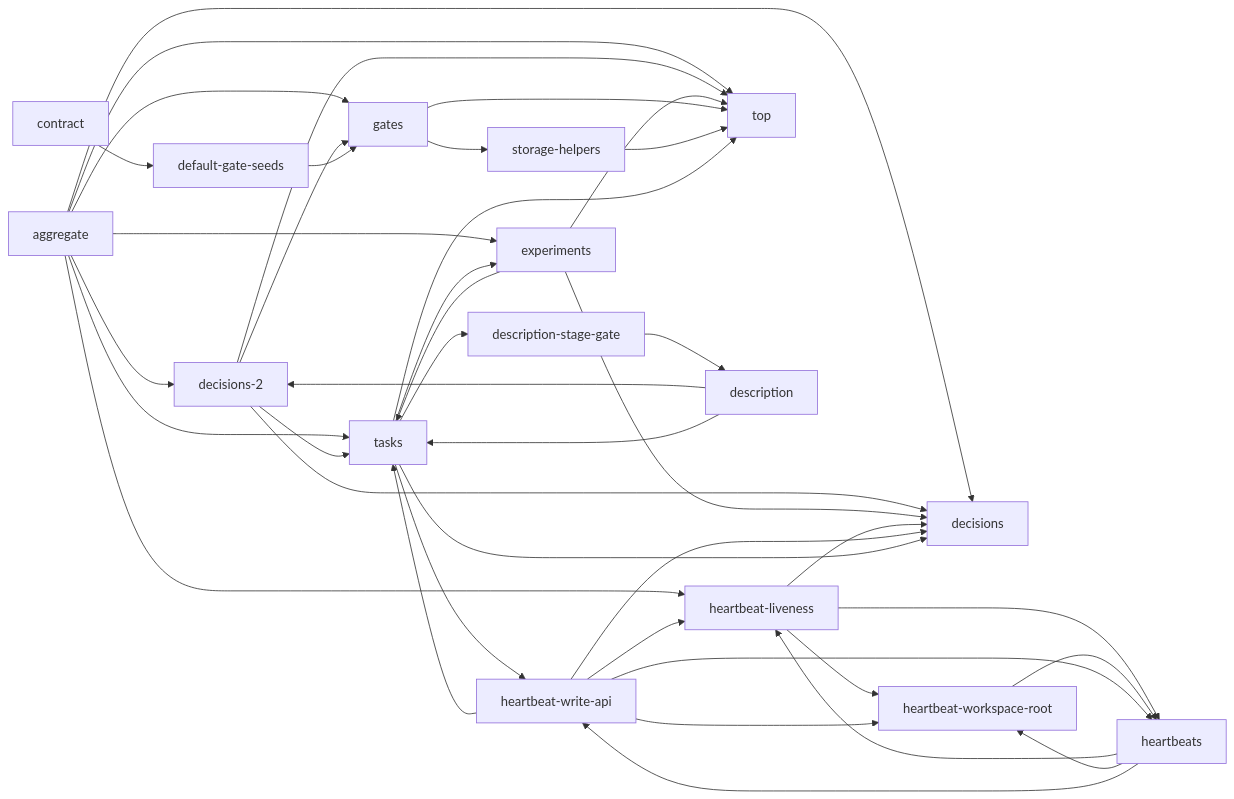
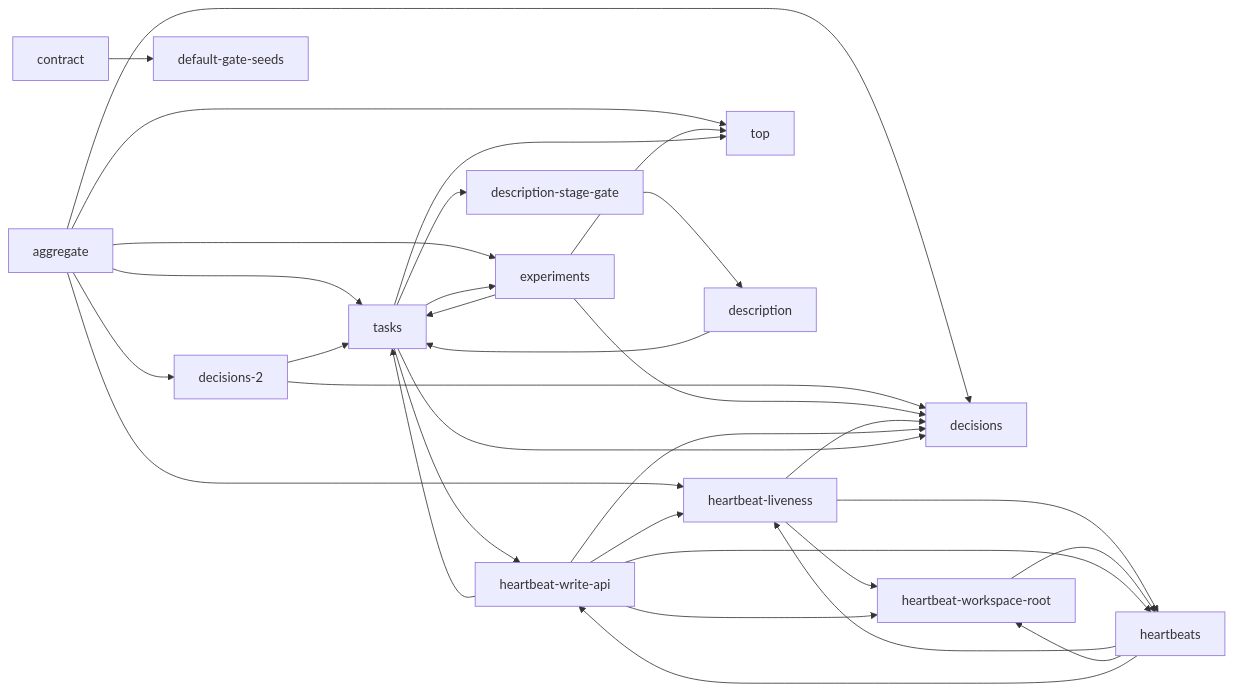
One commit to Han-Haocheng/project-flow changed the fourth of 12 diagrams in docs/project-description.md. Above: the diagram before and after it, drawn with Mermaid. The commit also changed other lines of this file and 4 other files, not shown here.

````diff
--- a/docs/project-description.md
+++ b/docs/project-description.md
@@ -369,42 +377,34 @@
 ```mermaid
 graph LR
-  m13["aggregate"] --> m1["decisions"]
-  m13["aggregate"] --> m8["decisions-2"]
-  m13["aggregate"] --> m5["experiments"]
-  m13["aggregate"] --> m7["gates"]
-  m13["aggregate"] --> m11["heartbeat-liveness"]
-  m13["aggregate"] --> m6["tasks"]
-  m13["aggregate"] --> m0["top"]
+  m11["aggregate"] --> m1["decisions"]
+  m11["aggregate"] --> m6["decisions-2"]
+  m11["aggregate"] --> m4["experiments"]
+  m11["aggregate"] --> m9["heartbeat-liveness"]
+  m11["aggregate"] --> m5["tasks"]
+  m11["aggregate"] --> m0["top"]
   m2["contract"] --> m3["default-gate-seeds"]
-  m8["decisions-2"] --> m1["decisions"]
-  m8["decisions-2"] --> m7["gates"]
-  m8["decisions-2"] --> m6["tasks"]
-  m8["decisions-2"] --> m0["top"]
-  m3["default-gate-seeds"] --> m7["gates"]
-  m14["description"] --> m8["decisions-2"]
-  m14["description"] --> m6["tasks"]
-  m15["description-stage-gate"] --> m14["description"]
-  m5["experiments"] --> m1["decisions"]
-  m5["experiments"] --> m6["tasks"]
-  m5["experiments"] --> m0["top"]
-  m7["gates"] --> m4["storage-helpers"]
-  m7["gates"] --> m0["top"]
-  m11["heartbeat-liveness"] --> m1["decisions"]
-  m11["heartbeat-liveness"] --> m10["heartbeat-workspace-root"]
-  m11["heartbeat-liveness"] --> m9["heartbeats"]
-  m10["heartbeat-workspace-root"] --> m9["heartbeats"]
-  m12["heartbeat-write-api"] --> m1["decisions"]
-  m12["heartbeat-write-api"] --> m11["heartbeat-liveness"]
-  m12["heartbeat-write-api"] --> m10["heartbeat-workspace-root"]
-  m12["heartbeat-write-api"] --> m9["heartbeats"]
-  m12["heartbeat-write-api"] --> m6["tasks"]
-  m9["heartbeats"] --> m11["heartbeat-liveness"]
-  m9["heartbeats"] --> m10["heartbeat-workspace-root"]
-  m9["heartbeats"] --> m12["heartbeat-write-api"]
-  m4["storage-helpers"] --> m0["top"]
-  m6["tasks"] --> m1["decisions"]
-  m6["tasks"] --> m15["description-stage-gate"]
-  m6["tasks"] --> m5["experiments"]
-  m6["tasks"] --> m12["heartbeat-write-api"]
-  m6["tasks"] --> m0["top"]
+  m6["decisions-2"] --> m1["decisions"]
+  m6["decisions-2"] --> m5["tasks"]
+  m12["description"] --> m5["tasks"]
+  m13["description-stage-gate"] --> m12["description"]
+  m4["experiments"] --> m1["decisions"]
+  m4["experiments"] --> m5["tasks"]
+  m4["experiments"] --> m0["top"]
+  m9["heartbeat-liveness"] --> m1["decisions"]
+  m9["heartbeat-liveness"] --> m8["heartbeat-workspace-root"]
+  m9["heartbeat-liveness"] --> m7["heartbeats"]
+  m8["heartbeat-workspace-root"] --> m7["heartbeats"]
+  m10["heartbeat-write-api"] --> m1["decisions"]
+  m10["heartbeat-write-api"] --> m9["heartbeat-liveness"]
+  m10["heartbeat-write-api"] --> m8["heartbeat-workspace-root"]
+  m10["heartbeat-write-api"] --> m7["heartbeats"]
+  m10["heartbeat-write-api"] --> m5["tasks"]
+  m7["heartbeats"] --> m9["heartbeat-liveness"]
+  m7["heartbeats"] --> m8["heartbeat-workspace-root"]
+  m7["heartbeats"] --> m10["heartbeat-write-api"]
+  m5["tasks"] --> m1["decisions"]
+  m5["tasks"] --> m13["description-stage-gate"]
+  m5["tasks"] --> m4["experiments"]
+  m5["tasks"] --> m10["heartbeat-write-api"]
+  m5["tasks"] --> m0["top"]
 ```
````
